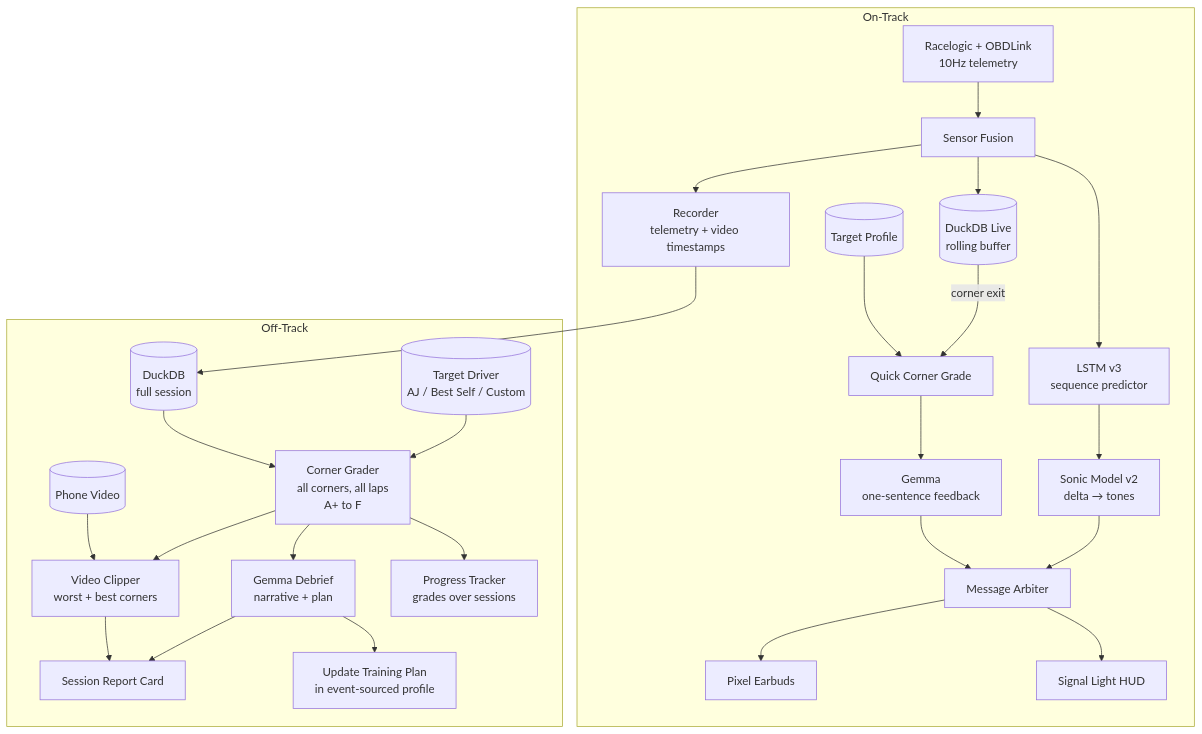
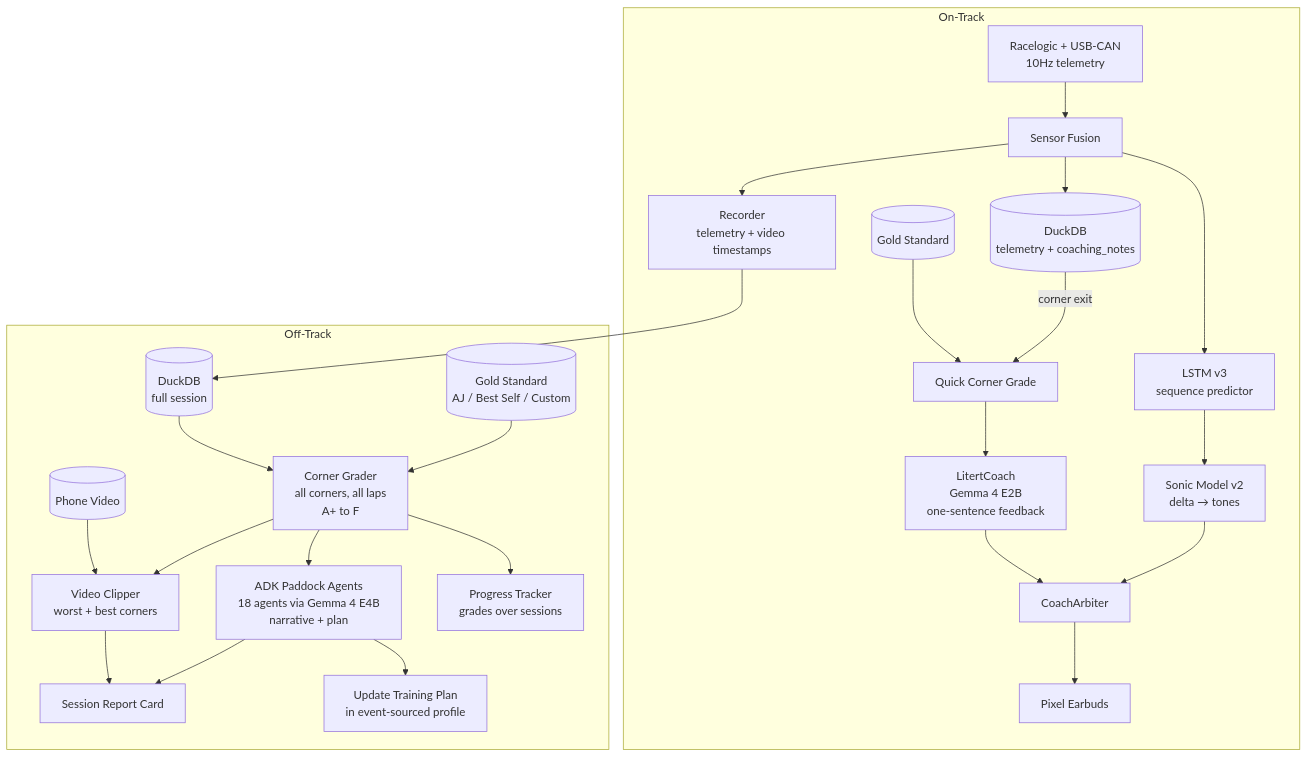
The fourth of 4 diagrams in docs/feedback-system.md (mlnomadpy/pitwall), drawn with Mermaid before and after one commit. The commit also changed 47 other files, not shown here.

````diff
--- a/docs/feedback-system.md
+++ b/docs/feedback-system.md
@@ -286,37 +286,36 @@
 ```mermaid
 graph TB
     subgraph On-Track
-        SENSORS[Racelogic + OBDLink<br/>10Hz telemetry] --> FUSION[Sensor Fusion]
+        SENSORS[Racelogic + USB-CAN<br/>10Hz telemetry] --> FUSION[Sensor Fusion]
         FUSION --> LSTM[LSTM v3<br/>sequence predictor]
-        FUSION --> DUCK_LIVE[(DuckDB Live<br/>rolling buffer)]
+        FUSION --> DUCK_LIVE[(DuckDB<br/>telemetry + coaching_notes)]
         
         LSTM --> SONIC[Sonic Model v2<br/>delta → tones]
         
         DUCK_LIVE -->|corner exit| GRADE_RT[Quick Corner Grade]
-        TARGET_RT[(Target Profile)] --> GRADE_RT
-        GRADE_RT --> GEMMA_RT[Gemma<br/>one-sentence feedback]
+        TARGET_RT[(Gold Standard)] --> GRADE_RT
+        GRADE_RT --> LITERT[LitertCoach<br/>Gemma 4 E2B<br/>one-sentence feedback]
         
-        SONIC --> ARB[Message Arbiter]
-        GEMMA_RT --> ARB
+        SONIC --> ARB[CoachArbiter]
+        LITERT --> ARB
         ARB --> EARBUDS[Pixel Earbuds]
-        ARB --> HUD[Signal Light HUD]
         
         FUSION --> REC[Recorder<br/>telemetry + video timestamps]
     end
 
     subgraph Off-Track
         REC --> DUCK_POST[(DuckDB<br/>full session)]
-        TARGET_POST[(Target Driver<br/>AJ / Best Self / Custom)] --> GRADER[Corner Grader<br/>all corners, all laps<br/>A+ to F]
+        TARGET_POST[(Gold Standard<br/>AJ / Best Self / Custom)] --> GRADER[Corner Grader<br/>all corners, all laps<br/>A+ to F]
         DUCK_POST --> GRADER
         
-        GRADER --> GEMMA_POST[Gemma Debrief<br/>narrative + plan]
+        GRADER --> ADK_DEBRIEF[ADK Paddock Agents<br/>18 agents via Gemma 4 E4B<br/>narrative + plan]
         GRADER --> CLIPPER[Video Clipper<br/>worst + best corners]
         VID[(Phone Video)] --> CLIPPER
         
-        GEMMA_POST --> REPORT[Session Report Card]
+        ADK_DEBRIEF --> REPORT[Session Report Card]
         CLIPPER --> REPORT
         GRADER --> PROGRESS[Progress Tracker<br/>grades over sessions]
         
-        GEMMA_POST --> PROFILE[Update Training Plan<br/>in event-sourced profile]
+        ADK_DEBRIEF --> PROFILE[Update Training Plan<br/>in event-sourced profile]
     end
 ```
````
